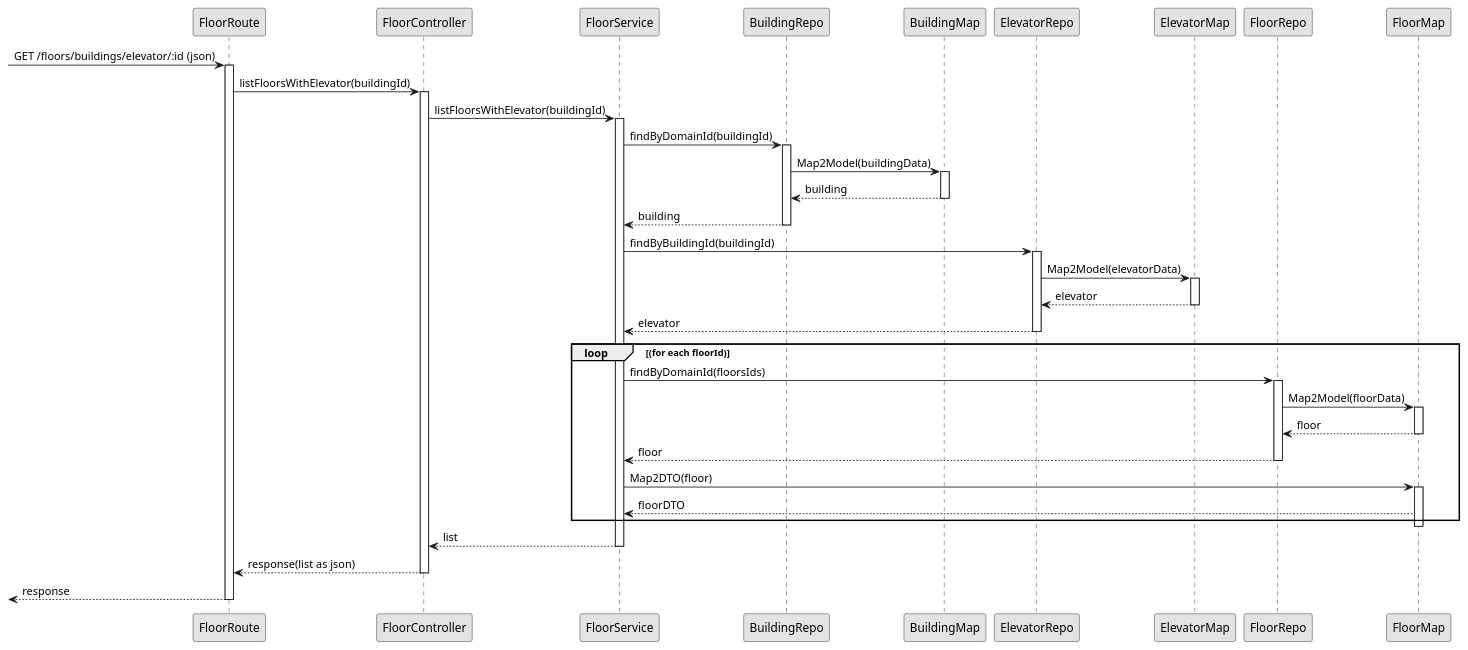
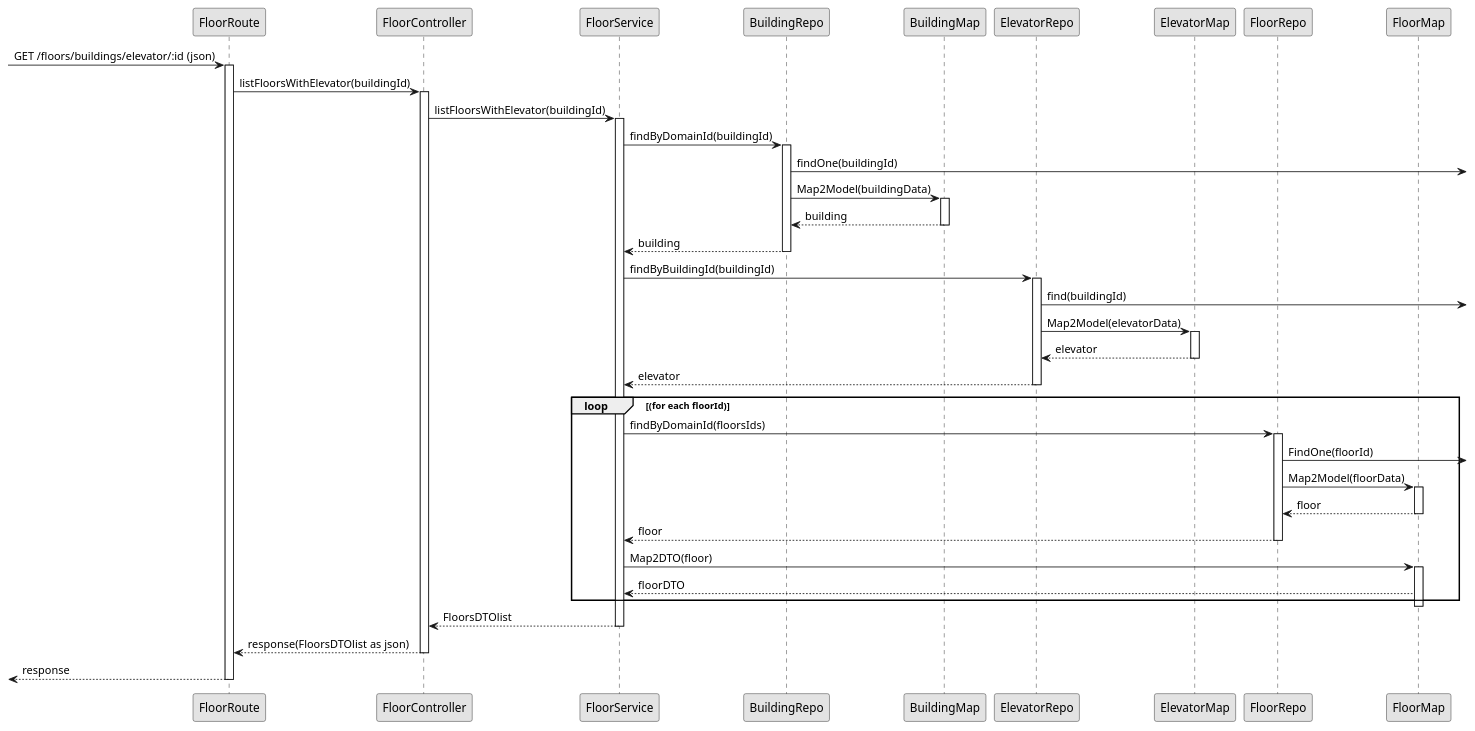
Before and after one commit to 1201293/sem5pi-23-24-68: the diagram in WikiMasterDataDevices/Vista Processos/US300/n3vp-us300.puml, drawn with PlantUML. The commit also changed 3 other files, not shown here.

```diff
--- a/WikiMasterDataDevices/Vista Processos/US300/n3vp-us300.puml
+++ b/WikiMasterDataDevices/Vista Processos/US300/n3vp-us300.puml
@@ -1,59 +1,62 @@
 @startuml
 'http://plantuml.com/skinparam.html
 skinparam monochrome true
 skinparam packageStyle rect
 skinparam shadowing false
 
 participant FloorRoute as route
 participant FloorController as controller
 participant FloorService as service
 participant BuildingRepo as repoBuilding
 participant BuildingMap as mapBuilding
 participant ElevatorRepo as repoElevator
 participant ElevatorMap as mapElevator
 participant FloorRepo as repoFloor
 participant FloorMap as mapFloor
 
 -> route: GET /floors/buildings/elevator/:id (json)
 activate route
  route -> controller: listFloorsWithElevator(buildingId)
  activate controller
   controller -> service: listFloorsWithElevator(buildingId)
   activate service
    service -> repoBuilding: findByDomainId(buildingId)
    activate repoBuilding
+   repoBuilding -> : findOne(buildingId)
     repoBuilding -> mapBuilding: Map2Model(buildingData)
     activate mapBuilding
      mapBuilding --> repoBuilding: building
      deactivate
     repoBuilding --> service: building
     deactivate
    service -> repoElevator: findByBuildingId(buildingId)
    activate repoElevator
+   repoElevator -> : find(buildingId)
     repoElevator -> mapElevator: Map2Model(elevatorData)
     activate mapElevator
      mapElevator --> repoElevator: elevator
      deactivate
     repoElevator --> service: elevator
     deactivate
    loop (for each floorId)
     service -> repoFloor: findByDomainId(floorsIds)
     activate repoFloor
+    repoFloor -> : FindOne(floorId)
      repoFloor -> mapFloor: Map2Model(floorData)
      activate mapFloor
       mapFloor --> repoFloor: floor
       deactivate
      repoFloor --> service: floor
      deactivate
     service -> mapFloor: Map2DTO(floor)
     activate mapFloor
      mapFloor --> service: floorDTO
     end loop
      deactivate
-    service --> controller: list
+    service --> controller: FloorsDTOlist
     deactivate
-   controller --> route: response(list as json)
+   controller --> route: response(FloorsDTOlist as json)
    deactivate
   <-- route: response
   deactivate
 @enduml
```
